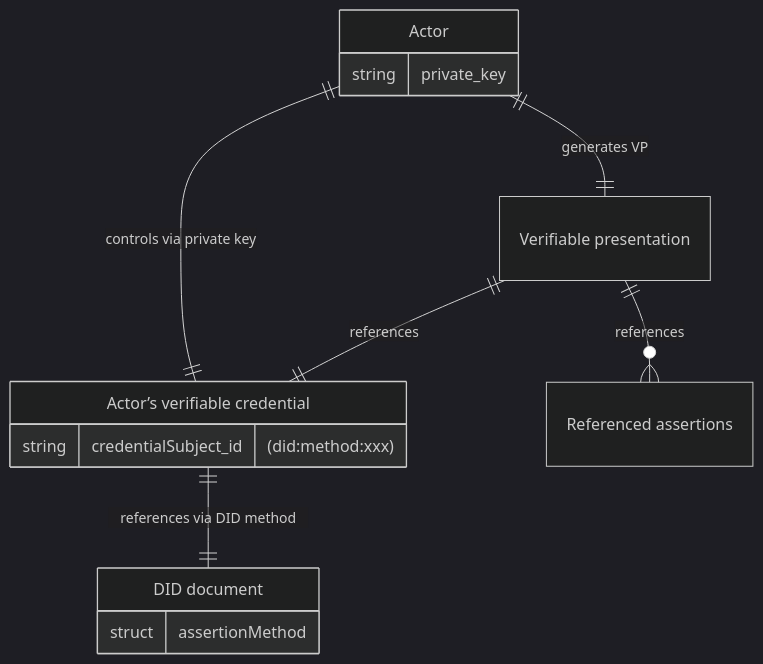
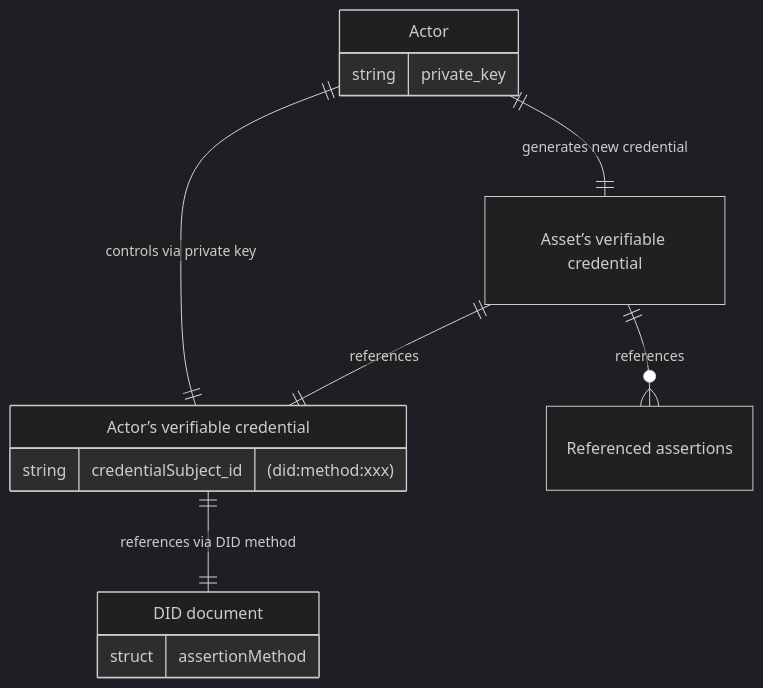
The second of 2 diagrams in docs/modules/ROOT/pages/index.adoc (creator-assertions/identity-assertion), drawn with Mermaid (dark theme) before and after one commit. The commit also changed other lines of this file and 1 other file, not shown here.

Commit message:
Rewrite Section 9.1, “W3C verifiable credentials” to describe the signature as a W3C verifiable credential rather than a verifiable presentation

```diff
--- a/docs/modules/ROOT/pages/index.adoc
+++ b/docs/modules/ROOT/pages/index.adoc
@@ -418,25 +420,25 @@
 [mermaid,width=100%]
 ....
 erDiagram
   A[Actor] {
     string private_key
   }
 
-  VC["Actor’s verifiable credential"] {
+  AVC["Actor’s verifiable credential"] {
     string credentialSubject_id "(did:method:xxx)"
   }
 
   DID_DOC["DID document"] {
     struct assertionMethod
   }
 
   ASSERTION["Referenced assertions"] {}
 
-  VP["Verifiable presentation"] {}
+  CVC["Asset’s verifiable credential"] {}
 
-  A ||--|| VC : "controls via private key"
-  VC ||--|| DID_DOC : "references via DID method"
-  VP ||--o{ ASSERTION: "references"
-  VP ||--|| VC: "references"
-  A ||--|| VP: "generates VP"
+  A ||--|| AVC : "controls via private key"
+  AVC ||--|| DID_DOC : "references via DID method"
+  CVC||--o{ ASSERTION: "references"
+  CVC ||--|| AVC: "references"
+  A ||--|| CVC: "generates new credential"
 ....
```
